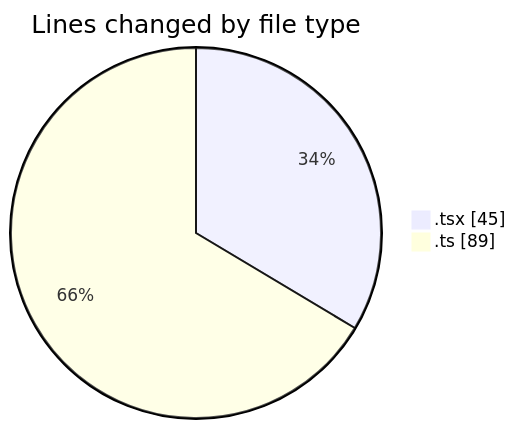
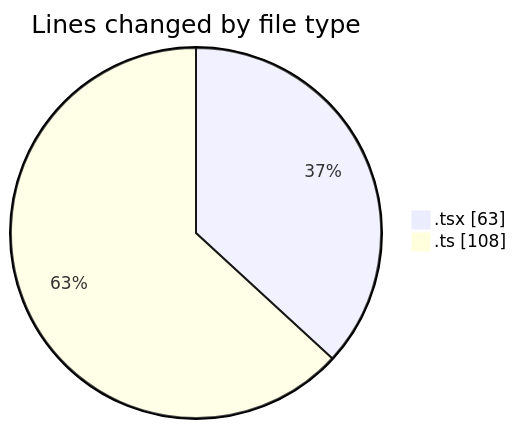
One commit to robertbonfada/code-tracking changed the first of 2 diagrams in 2025-01-20/mbc-web/README.md. Above: the diagram before and after it, drawn with Mermaid. The commit also changed other lines of this file and 1 other file, not shown here.

````diff
--- a/2025-01-20/mbc-web/README.md
+++ b/2025-01-20/mbc-web/README.md
@@ -21,6 +21,6 @@
 ```mermaid
 pie showData
 title Lines changed by file type
-".tsx" : 45
-".ts" : 89
+".tsx" : 63
+".ts" : 108
 ```
````
